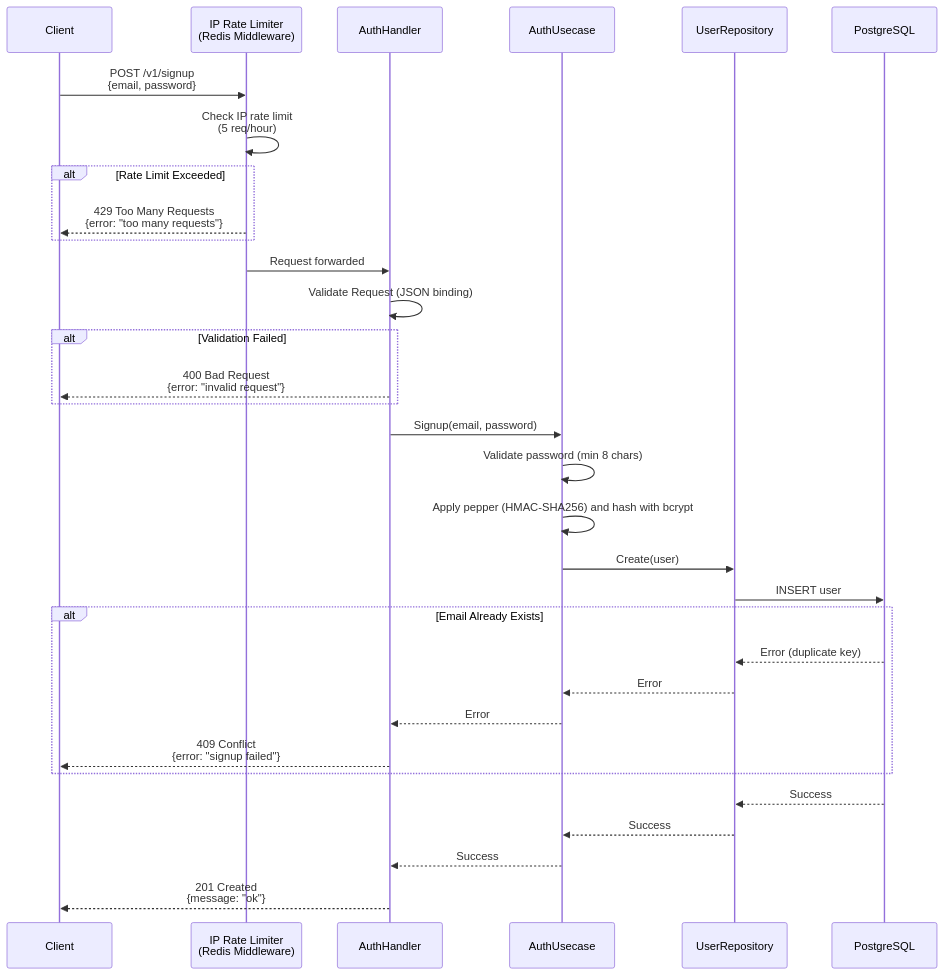
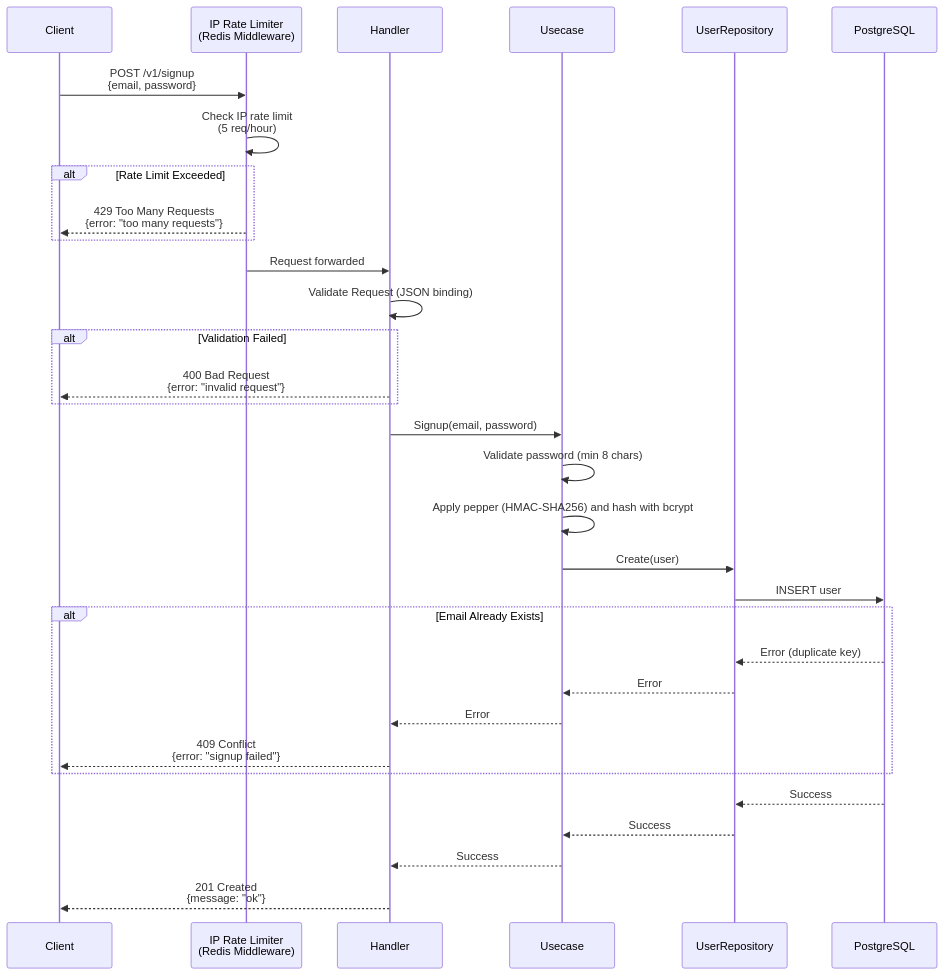
The first of 6 diagrams in internal/feature/auth/README.md (UCHIDAnobuhiro/stock_backend), drawn with Mermaid before and after one commit. The commit also changed other lines of this file and 41 other files, not shown here.

````diff
--- a/internal/feature/auth/README.md
+++ b/internal/feature/auth/README.md
@@ -20,41 +20,41 @@
 ```mermaid
 sequenceDiagram
     participant Client
     participant RateLimit as IP Rate Limiter<br/>(Redis Middleware)
-    participant Handler as AuthHandler
-    participant Usecase as AuthUsecase
+    participant Handler as Handler
+    participant Usecase as Usecase
     participant Repository as UserRepository
     participant DB as PostgreSQL
 
     Client->>RateLimit: POST /v1/signup<br/>{email, password}
     RateLimit->>RateLimit: Check IP rate limit<br/>(5 req/hour)
 
     alt Rate Limit Exceeded
         RateLimit-->>Client: 429 Too Many Requests<br/>{error: "too many requests"}
     end
 
     RateLimit->>Handler: Request forwarded
     Handler->>Handler: Validate Request (JSON binding)
 
     alt Validation Failed
         Handler-->>Client: 400 Bad Request<br/>{error: "invalid request"}
     end
 
     Handler->>Usecase: Signup(email, password)
     Usecase->>Usecase: Validate password (min 8 chars)
     Usecase->>Usecase: Apply pepper (HMAC-SHA256) and hash with bcrypt
     Usecase->>Repository: Create(user)
     Repository->>DB: INSERT user
 
     alt Email Already Exists
         DB-->>Repository: Error (duplicate key)
         Repository-->>Usecase: Error
         Usecase-->>Handler: Error
         Handler-->>Client: 409 Conflict<br/>{error: "signup failed"}
     end
 
     DB-->>Repository: Success
     Repository-->>Usecase: Success
     Usecase-->>Handler: Success
     Handler-->>Client: 201 Created<br/>{message: "ok"}
 ```
````
